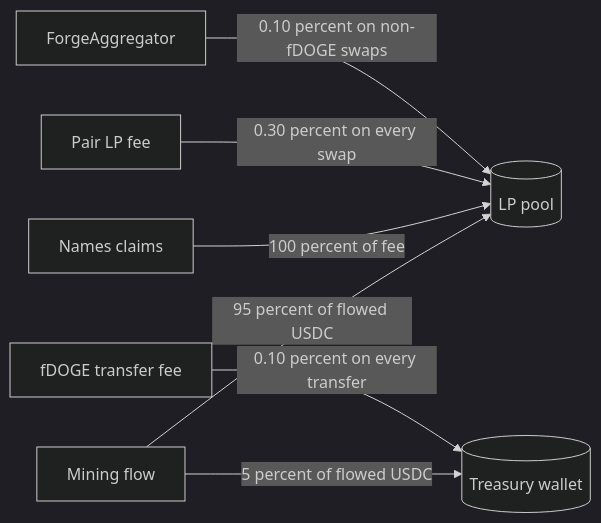
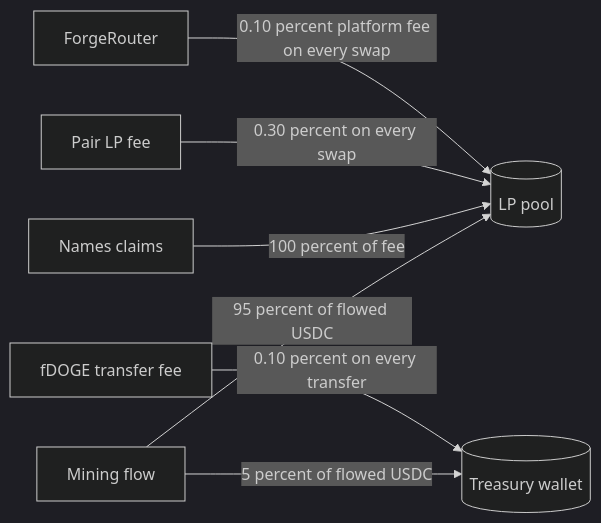
Diagram 18 of 19 in WHITEPAPER.md (dudelynft-dotcom/DF), drawn with Mermaid (dark theme) before and after one commit. The commit also changed other lines of this file, not shown here.

Commit message:
Whitepaper v2.1: owned DEX stack (Factory + Router + pairs), drop UnitFlow/aggregator narrative

````diff
--- a/WHITEPAPER.md
+++ b/WHITEPAPER.md
@@ -910,9 +930,9 @@
 ```mermaid
 flowchart LR
     M[Mining flow] -->|95 percent of flowed USDC| LP[(LP pool)]
     M -->|5 percent of flowed USDC| TR[(Treasury wallet)]
     NM[Names claims] -->|100 percent of fee| LP
     TF[fDOGE transfer fee] -->|0.10 percent on every transfer| TR
     LPF[Pair LP fee] -->|0.30 percent on every swap| LP
-    AGG[ForgeAggregator] -->|0.10 percent on non-fDOGE swaps| LP
+    RTR[ForgeRouter] -->|0.10 percent platform fee on every swap| LP
 ```
````
